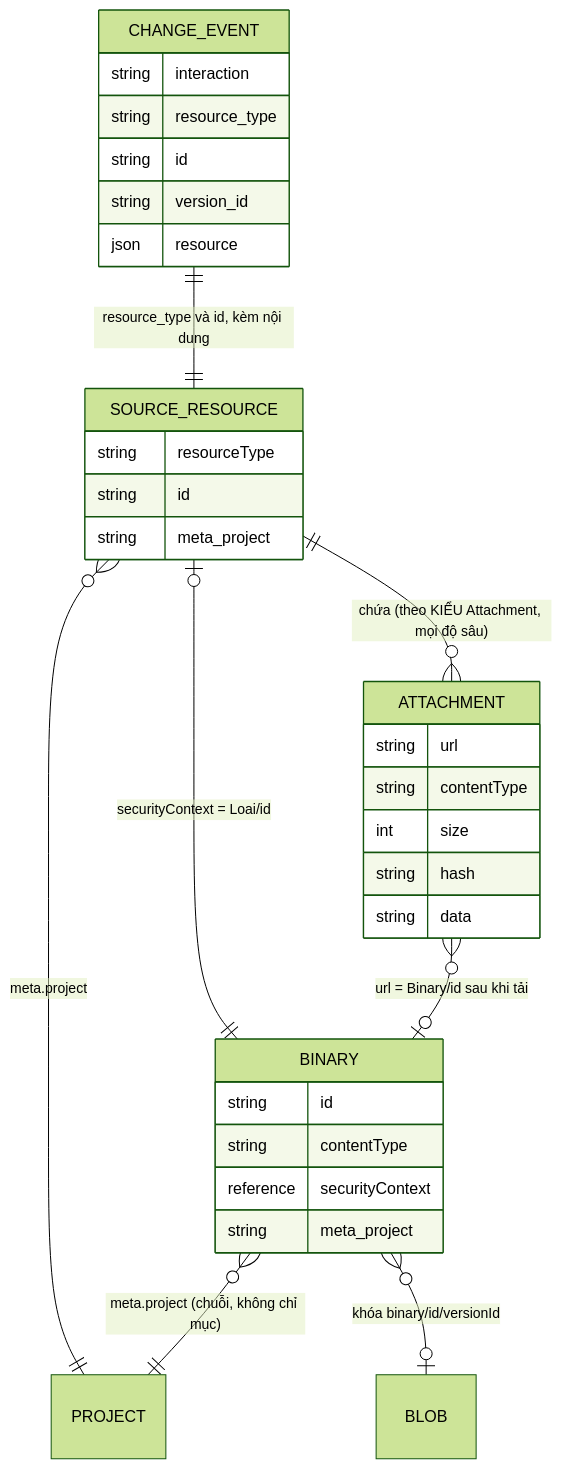
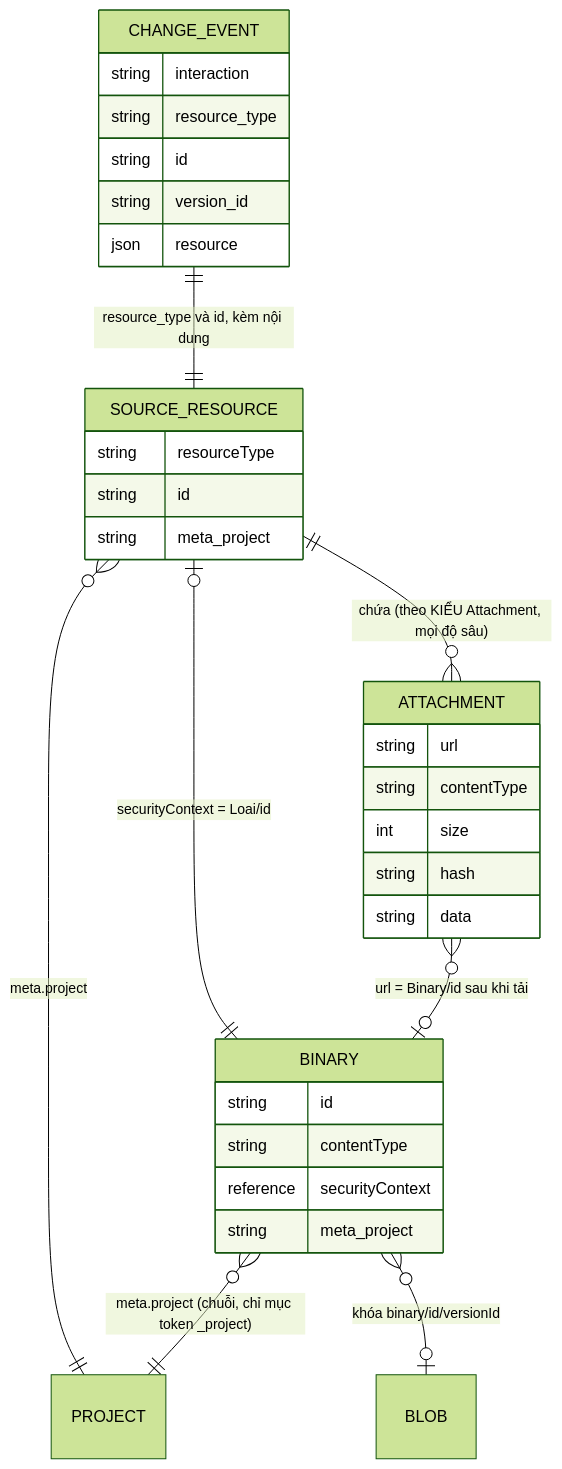
Before and after one commit to hoc-nguyenthai/medplum: the diagram in apps/fhir-downloader/docs/erd/02-mo-hinh-logic.md, drawn with Mermaid (forest theme). The commit also changed 10 other files, not shown here.

Commit message:
ERD fhir-server: kho vật lý và Redis, 171 loại resource theo cụm, resource hệ thống, từ vựng và bảng dẫn xuất, quan hệ và toàn vẹn (không kiểm tham chiếu khi ghi); sửa ERD downloader và notifier: meta.project có chỉ mục _project

````diff
--- a/apps/fhir-downloader/docs/erd/02-mo-hinh-logic.md
+++ b/apps/fhir-downloader/docs/erd/02-mo-hinh-logic.md
@@ -7,35 +7,35 @@
 ```mermaid
 erDiagram
     SOURCE_RESOURCE ||--o{ ATTACHMENT : "chứa (theo KIỂU Attachment, mọi độ sâu)"
     ATTACHMENT }o--o| BINARY : "url = Binary/id sau khi tải"
     BINARY ||--o| SOURCE_RESOURCE : "securityContext = Loai/id"
-    BINARY }o--|| PROJECT : "meta.project (chuỗi, không chỉ mục)"
+    BINARY }o--|| PROJECT : "meta.project (chuỗi, chỉ mục token _project)"
     SOURCE_RESOURCE }o--|| PROJECT : "meta.project"
     BINARY }o--o| BLOB : "khóa binary/id/versionId"
     CHANGE_EVENT ||--|| SOURCE_RESOURCE : "resource_type và id, kèm nội dung"
     SOURCE_RESOURCE {
       string resourceType
       string id
       string meta_project
     }
     ATTACHMENT {
       string url
       string contentType
       int size
       string hash
       string data
     }
     BINARY {
       string id
       string contentType
       reference securityContext
       string meta_project
     }
     CHANGE_EVENT {
       string interaction
       string resource_type
       string id
       string version_id
       json resource
     }
 ```
````
